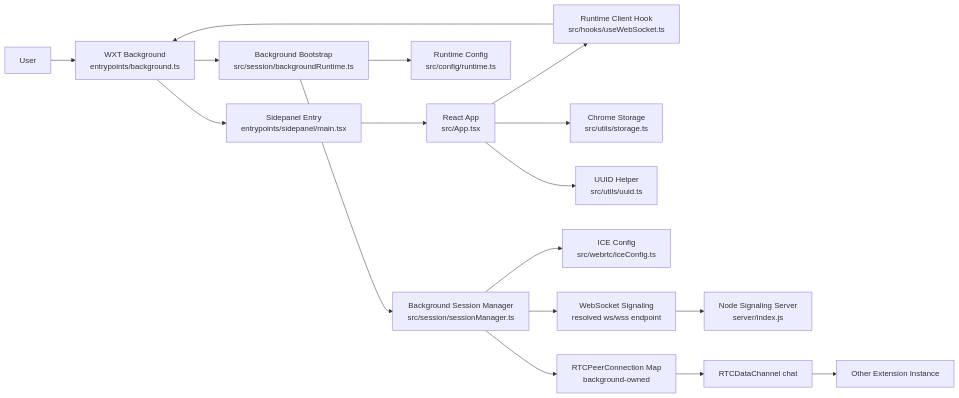
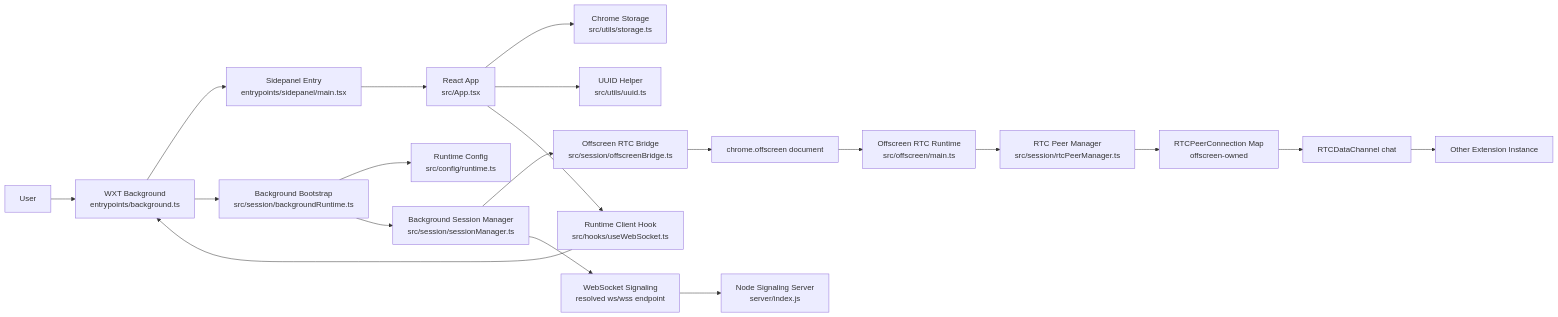
The first of 8 diagrams in docs/architecture.md (crccc/webrtc-chat), drawn with Mermaid before and after one commit. The commit also changed other lines of this file and 10 other files, not shown here.

Commit message:
Move WebRTC runtime into offscreen document

````diff
--- a/docs/architecture.md
+++ b/docs/architecture.md
@@ -8,36 +8,42 @@
 ```mermaid
 flowchart LR
   User[User]
   BG[WXT Background<br/>entrypoints/background.ts]
   SP[Sidepanel Entry<br/>entrypoints/sidepanel/main.tsx]
   App[React App<br/>src/App.tsx]
   Hook[Runtime Client Hook<br/>src/hooks/useWebSocket.ts]
   Store[Chrome Storage<br/>src/utils/storage.ts]
   Runtime[Runtime Config<br/>src/config/runtime.ts]
   Bootstrap[Background Bootstrap<br/>src/session/backgroundRuntime.ts]
   Session[Background Session Manager<br/>src/session/sessionManager.ts]
+  Bridge[Offscreen RTC Bridge<br/>src/session/offscreenBridge.ts]
+  Offscreen[Offscreen RTC Runtime<br/>src/offscreen/main.ts]
+  PeerMgr[RTC Peer Manager<br/>src/session/rtcPeerManager.ts]
   UUID[UUID Helper<br/>src/utils/uuid.ts]
-  ICE[ICE Config<br/>src/webrtc/iceConfig.ts]
   WS[WebSocket Signaling<br/>resolved ws/wss endpoint]
   Server[Node Signaling Server<br/>server/index.js]
-  RTC[RTCPeerConnection Map<br/>background-owned]
+  OffscreenDoc[chrome.offscreen document]
+  RTC[RTCPeerConnection Map<br/>offscreen-owned]
   DC[RTCDataChannel chat]
   Peer[Other Extension Instance]
 
   User --> BG
   BG --> SP
   SP --> App
   App --> Store
   App --> UUID
   App --> Hook
   Hook --> BG
   BG --> Bootstrap
   Bootstrap --> Runtime
   Bootstrap --> Session
-  Session --> ICE
+  Session --> Bridge
   Session --> WS
+  Bridge --> OffscreenDoc
+  OffscreenDoc --> Offscreen
+  Offscreen --> PeerMgr
   WS --> Server
-  Session --> RTC
+  PeerMgr --> RTC
   RTC --> DC
   DC --> Peer
 ```
````
